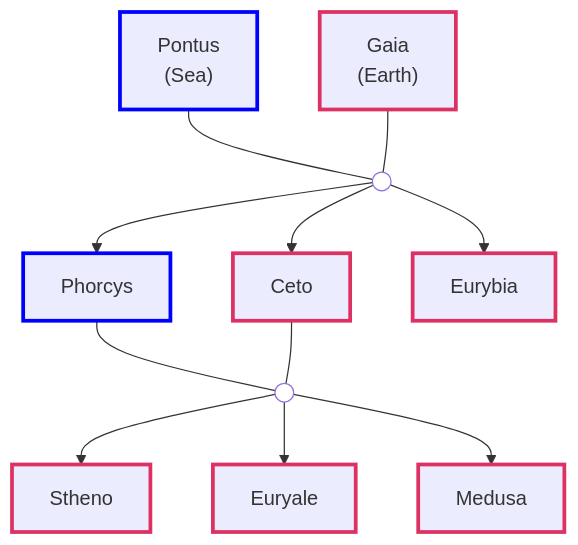
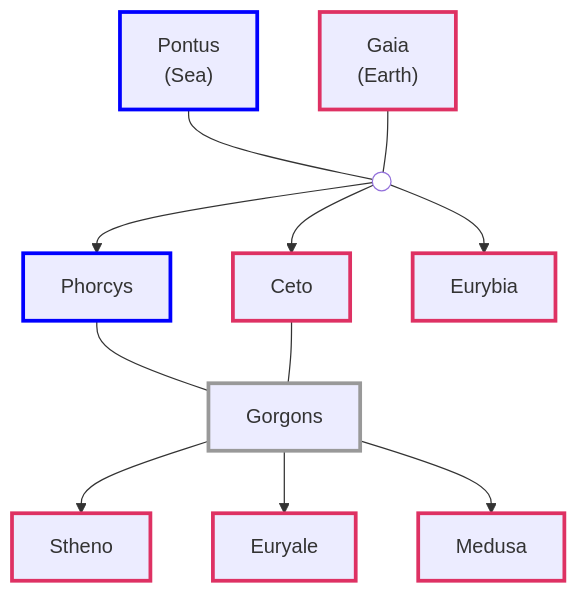
Before and after one commit to dvdmtw98/notes: diagram 12 of 12 in MainVault/read-and-watch-list/books/mythos.md, drawn with Mermaid. The commit also changed other lines of this file and 744 other files, not shown here.

````diff
--- a/MainVault/read-and-watch-list/books/mythos.md
+++ b/MainVault/read-and-watch-list/books/mythos.md
@@ -326,22 +410,22 @@
 ```mermaid
 flowchart TD
 	Pontus["Pontus\n(Sea)"]:::male
 	Gaia["Gaia\n(Earth)"]:::female
 	Phorcys:::male
 	Ceto:::female
 	Eurybia:::female
 	Stheno:::female
 	Euryale:::female
 	Medusa:::female
 	
 
 	Pontus & Gaia --- N1(( )):::merge
 	N1 --> Phorcys & Ceto & Eurybia
-	Phorcys & Ceto --- N2(( )):::merge
-	N2 --> Stheno & Euryale & Medusa
+	Phorcys & Ceto --- Gorgons:::neutral
+	Gorgons --> Stheno & Euryale & Medusa
 
     classDef male stroke:#0000FF,stroke-width:3px
     classDef female stroke:#DE3163,stroke-width:3px
     classDef neutral stroke:#999999,stroke-width:3px
     classDef merge fill:#FFFFFF
 ```
````
